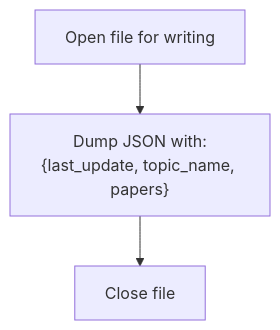
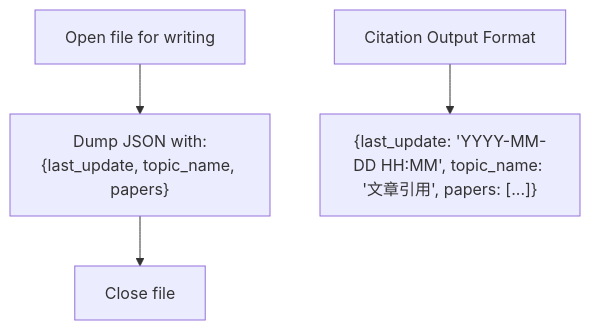
Before and after one commit to junxie01/cryoseismology_papers: diagram 17 of 20 in .qoder/repowiki/en/content/Core Components/Paper Collection Engine.md, drawn with Mermaid. The commit also changed other lines of this file and 12 other files, not shown here.

````diff
--- a/.qoder/repowiki/en/content/Core Components/Paper Collection Engine.md
+++ b/.qoder/repowiki/en/content/Core Components/Paper Collection Engine.md
@@ -402,5 +567,6 @@
 ```mermaid
 flowchart TD
 Open["Open file for writing"] --> Dump["Dump JSON with:<br/>{last_update, topic_name, papers}"]
 Dump --> Close["Close file"]
+CitationDump["Citation Output Format"] --> CitationJSON["{last_update: 'YYYY-MM-DD HH:MM', topic_name: '文章引用', papers: [...]}"]
 ```
````
